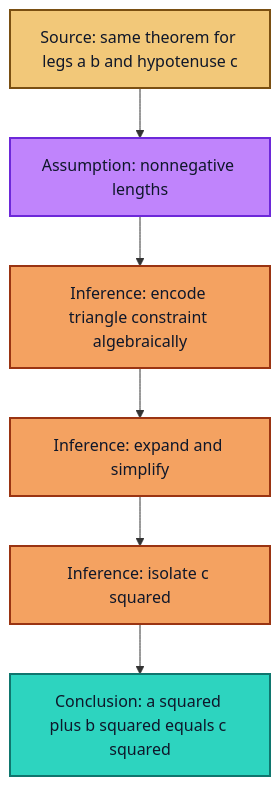
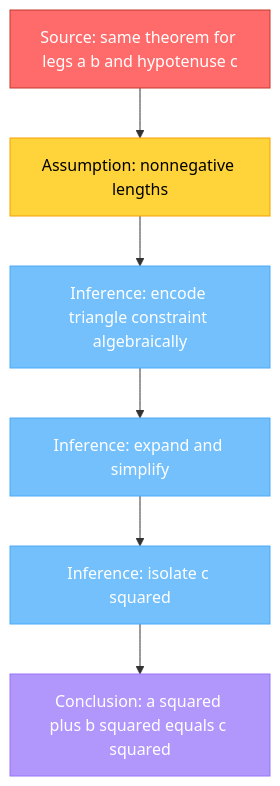
Before and after one commit to garywelz/progframe: the seventh of 8 diagrams in collaborations/mathematics-database/algorithms-axiomatic-theories-proofs-revised.md, drawn with Mermaid. The commit also changed other lines of this file and 10 other files, not shown here.

````diff
--- a/collaborations/mathematics-database/algorithms-axiomatic-theories-proofs-revised.md
+++ b/collaborations/mathematics-database/algorithms-axiomatic-theories-proofs-revised.md
@@ -405,18 +401,18 @@
 ```mermaid
 flowchart TD
   T2["Source: same theorem for legs a b and hypotenuse c"]
   A0["Assumption: nonnegative lengths"]
   R1["Inference: encode triangle constraint algebraically"]
   R2["Inference: expand and simplify"]
   R3["Inference: isolate c squared"]
   CO2["Conclusion: a squared plus b squared equals c squared"]
   T2 --> A0 --> R1 --> R2 --> R3 --> CO2
-  classDef proofSource fill:#f2c879,stroke:#7a4f12,color:#0f172a,stroke-width:2px
-  classDef proofAssumption fill:#c084fc,stroke:#6d28d9,color:#0f172a,stroke-width:2px
-  classDef proofInference fill:#f4a261,stroke:#9a3412,color:#0f172a,stroke-width:2px
-  classDef proofConclusion fill:#2dd4bf,stroke:#0f766e,color:#0f172a,stroke-width:2px
-  class T2 proofSource
-  class A0 proofAssumption
-  class R1,R2,R3 proofInference
-  class CO2 proofConclusion
+  classDef red fill:#ff6b6b,color:#fff,stroke:#c0392b
+  classDef yellow fill:#ffd43b,color:#000,stroke:#f59f00
+  classDef lightblue fill:#74c0fc,color:#fff,stroke:#4dabf7
+  classDef violet fill:#b197fc,color:#fff,stroke:#9775fa
+  class T2 red
+  class A0 yellow
+  class R1,R2,R3 lightblue
+  class CO2 violet
 ```
````
